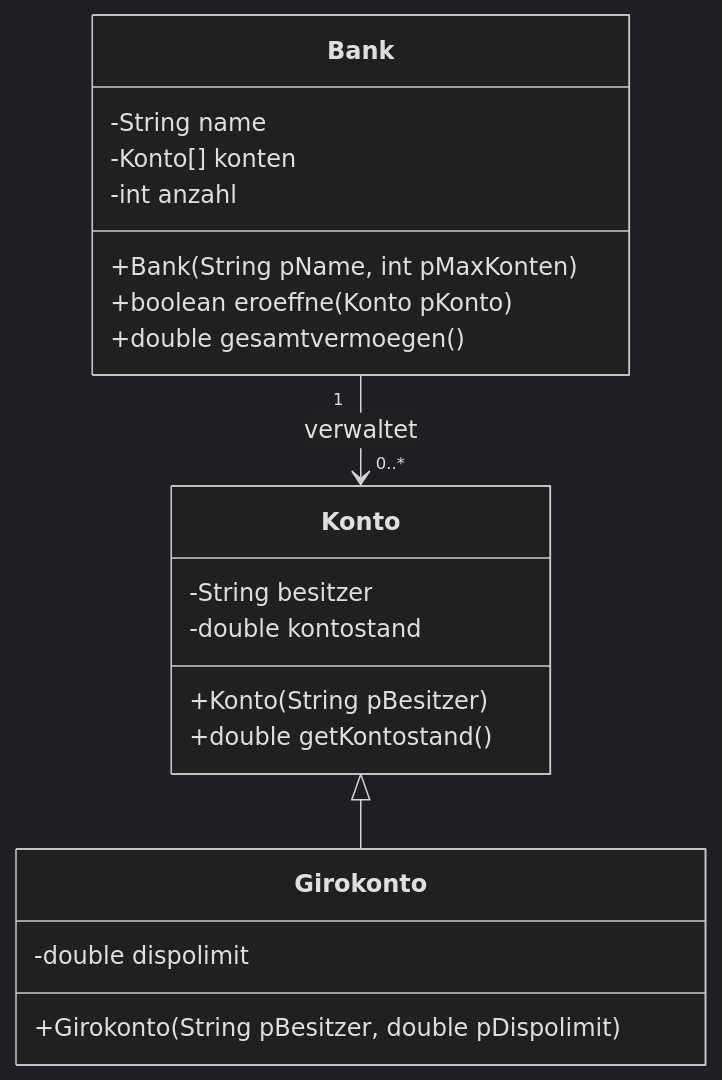
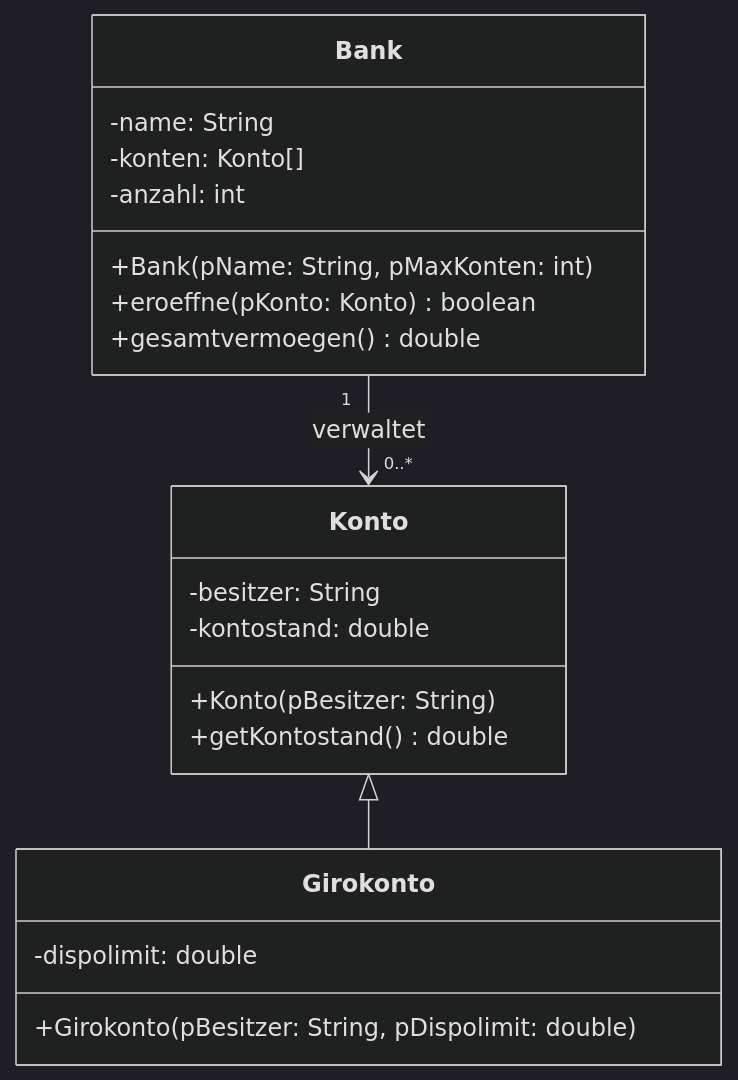
One commit to openpatch/hyperbook-informatik changed the second of 5 diagrams in book/oberstufe/oop/02-erweiterungen/01-vertiefte-objektorientierung/01-implementationsdiagramme.md. Above: the diagram before and after it, drawn with Mermaid (dark theme). The commit also changed other lines of this file and 19 other files, not shown here.

Commit message:
richtige implementationsdiagramme

````diff
--- a/book/oberstufe/oop/02-erweiterungen/01-vertiefte-objektorientierung/01-implementationsdiagramme.md
+++ b/book/oberstufe/oop/02-erweiterungen/01-vertiefte-objektorientierung/01-implementationsdiagramme.md
@@ -66,23 +68,23 @@
 ```mermaid
 classDiagram
     class Bank {
-        -String name
-        -Konto[] konten
-        -int anzahl
-        +Bank(String pName, int pMaxKonten)
-        +boolean eroeffne(Konto pKonto)
-        +double gesamtvermoegen()
+        -name: String
+        -konten: Konto[]
+        -anzahl: int
+        +Bank(pName: String, pMaxKonten: int)
+        +eroeffne(pKonto: Konto) boolean
+        +gesamtvermoegen() double
     }
     class Konto {
-        -String besitzer
-        -double kontostand
-        +Konto(String pBesitzer)
-        +double getKontostand()
+        -besitzer: String
+        -kontostand: double
+        +Konto(pBesitzer: String)
+        +getKontostand() double
     }
     class Girokonto {
-        -double dispolimit
-        +Girokonto(String pBesitzer, double pDispolimit)
+        -dispolimit: double
+        +Girokonto(pBesitzer: String, pDispolimit: double)
     }
     Bank "1" --> "0..*" Konto : verwaltet
     Konto <|-- Girokonto
 ```
````
